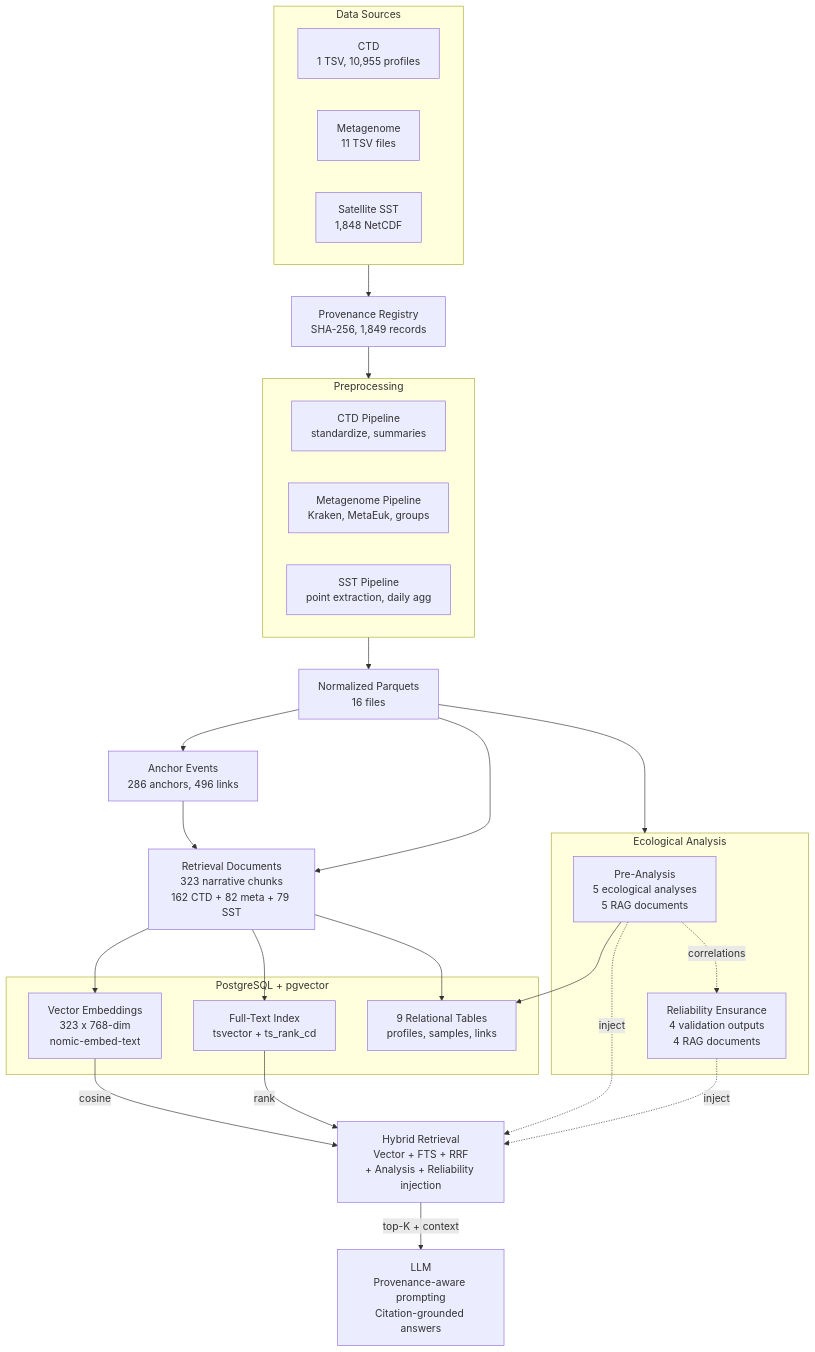
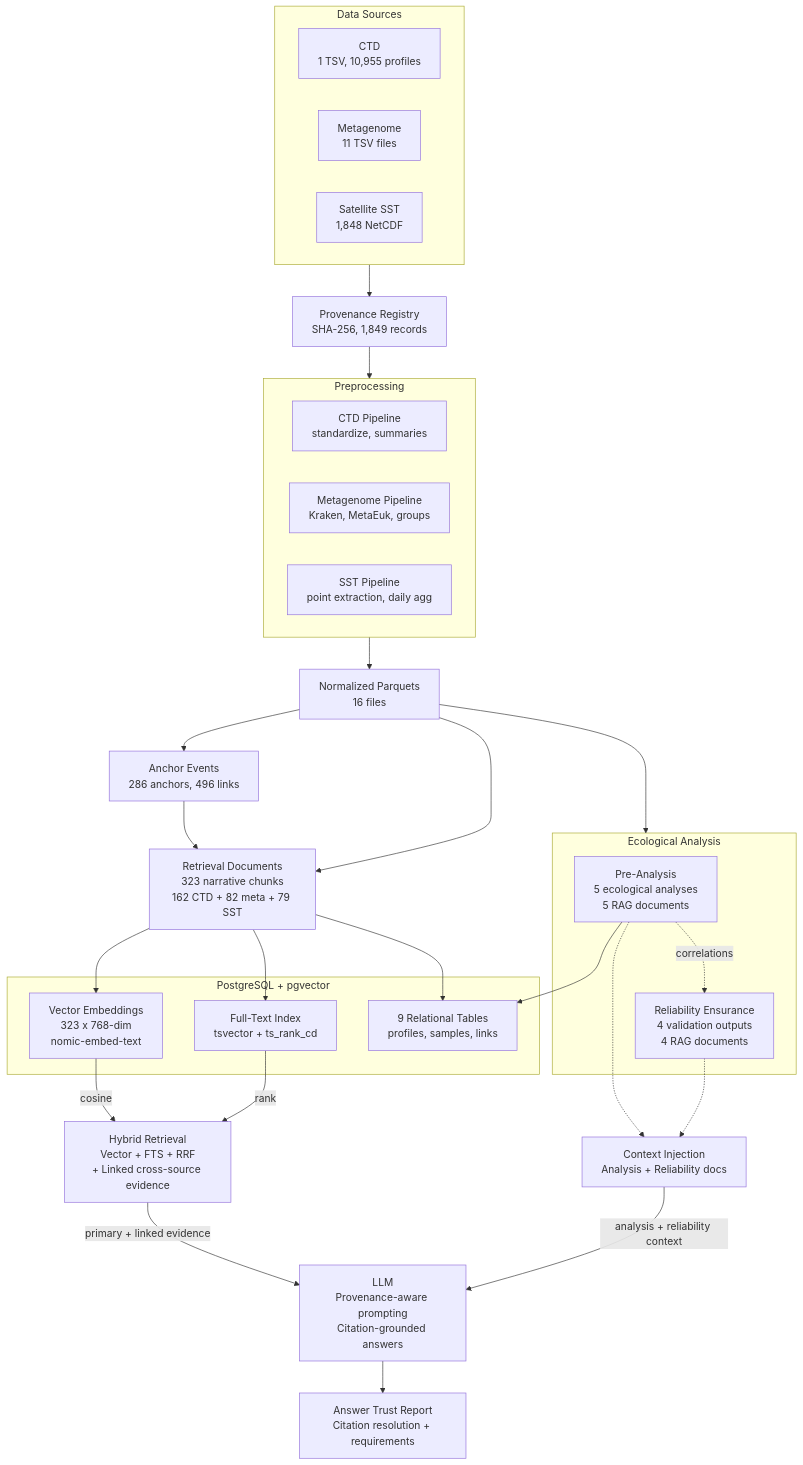
Before and after one commit to jarondlk/ocean-platform: the diagram in README.md, drawn with Mermaid. The commit also changed other lines of this file and 2 other files, not shown here.

````diff
--- a/README.md
+++ b/README.md
@@ -21,49 +21,53 @@
 ```mermaid
 flowchart TB
     subgraph Sources["Data Sources"]
         CTD["CTD\n1 TSV, 10,955 profiles"]
         META["Metagenome\n11 TSV files"]
         SST["Satellite SST\n1,848 NetCDF"]
     end
 
     PROV["Provenance Registry\nSHA-256, 1,849 records"]
 
     subgraph Preprocess["Preprocessing"]
         CTD_PP["CTD Pipeline\nstandardize, summaries"]
         META_PP["Metagenome Pipeline\nKraken, MetaEuk, groups"]
         SST_PP["SST Pipeline\npoint extraction, daily agg"]
     end
 
     NORM["Normalized Parquets\n16 files"]
     ANCHOR["Anchor Events\n286 anchors, 496 links"]
 
     subgraph Analysis["Ecological Analysis"]
         PREANA["Pre-Analysis\n5 ecological analyses\n5 RAG documents"]
         RELIAB["Reliability Ensurance\n4 validation outputs\n4 RAG documents"]
     end
 
     RETDOCS["Retrieval Documents\n323 narrative chunks\n162 CTD + 82 meta + 79 SST"]
 
     subgraph Storage["PostgreSQL + pgvector"]
         EMB["Vector Embeddings\n323 x 768-dim\nnomic-embed-text"]
         FTS["Full-Text Index\ntsvector + ts_rank_cd"]
         DB["9 Relational Tables\nprofiles, samples, links"]
     end
 
-    RET["Hybrid Retrieval\nVector + FTS + RRF\n+ Analysis + Reliability injection"]
+    RET["Hybrid Retrieval\nVector + FTS + RRF\n+ Linked cross-source evidence"]
+    CTX["Context Injection\nAnalysis + Reliability docs"]
     LLM["LLM\nProvenance-aware prompting\nCitation-grounded answers"]
+    AUDIT["Answer Trust Report\nCitation resolution + requirements"]
 
     Sources --> PROV --> Preprocess --> NORM
     NORM --> ANCHOR
     NORM --> Analysis
     PREANA -.->|correlations| RELIAB
     ANCHOR --> RETDOCS
     NORM --> RETDOCS
     RETDOCS --> EMB & FTS & DB
     PREANA --> DB
     EMB -->|cosine| RET
     FTS -->|rank| RET
-    PREANA -.->|inject| RET
-    RELIAB -.->|inject| RET
-    RET -->|top-K + context| LLM
+    PREANA -.-> CTX
+    RELIAB -.-> CTX
+    RET -->|primary + linked evidence| LLM
+    CTX -->|analysis + reliability context| LLM
+    LLM --> AUDIT
 ```
````
